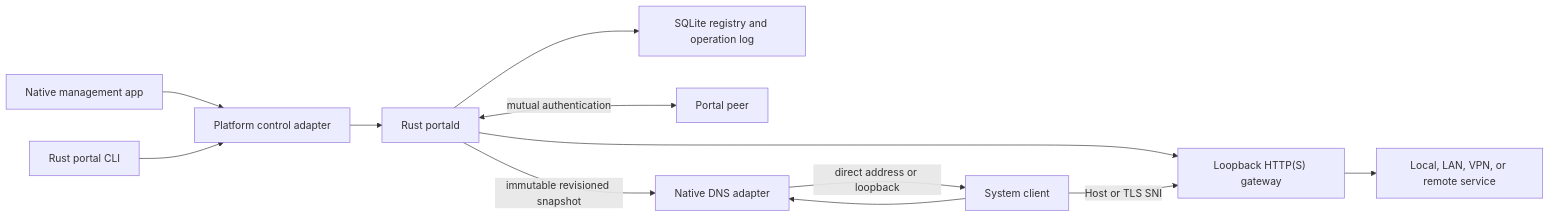
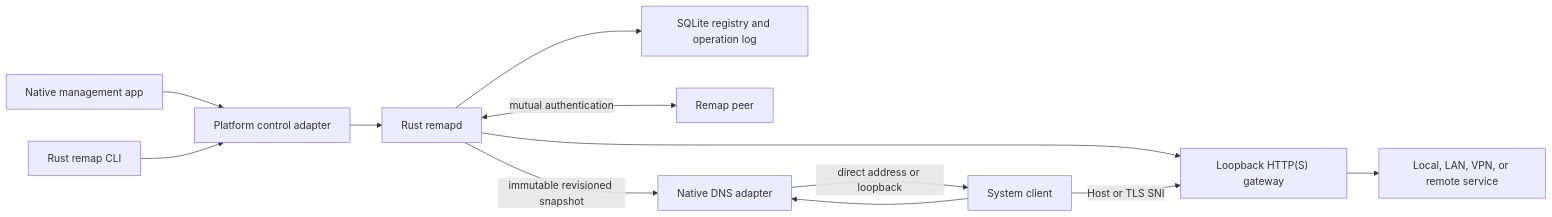
One commit to Agenxy/remap changed the diagram in docs/architecture/ARCHITECTURE.md. Above: the diagram before and after it, drawn with Mermaid. The commit also changed other lines of this file and 42 other files, not shown here.

Commit message:
refactor: rename Portal to Remap

````diff
--- a/docs/architecture/ARCHITECTURE.md
+++ b/docs/architecture/ARCHITECTURE.md
@@ -24,14 +24,14 @@
 ```mermaid
 flowchart LR
     App["Native management app"] --> Control["Platform control adapter"]
-    CLI["Rust portal CLI"] --> Control
-    Control --> Daemon["Rust portald"]
+    CLI["Rust remap CLI"] --> Control
+    Control --> Daemon["Rust remapd"]
     Daemon --> DB["SQLite registry and operation log"]
     Daemon --> Gateway["Loopback HTTP(S) gateway"]
-    Daemon <-->|"mutual authentication"| Peer["Portal peer"]
+    Daemon <-->|"mutual authentication"| Peer["Remap peer"]
     Daemon -->|"immutable revisioned snapshot"| DNS["Native DNS adapter"]
     Client["System client"] --> DNS
     DNS -->|"direct address or loopback"| Client
     Client -->|"Host or TLS SNI"| Gateway
     Gateway --> Upstream["Local, LAN, VPN, or remote service"]
 ```
````
